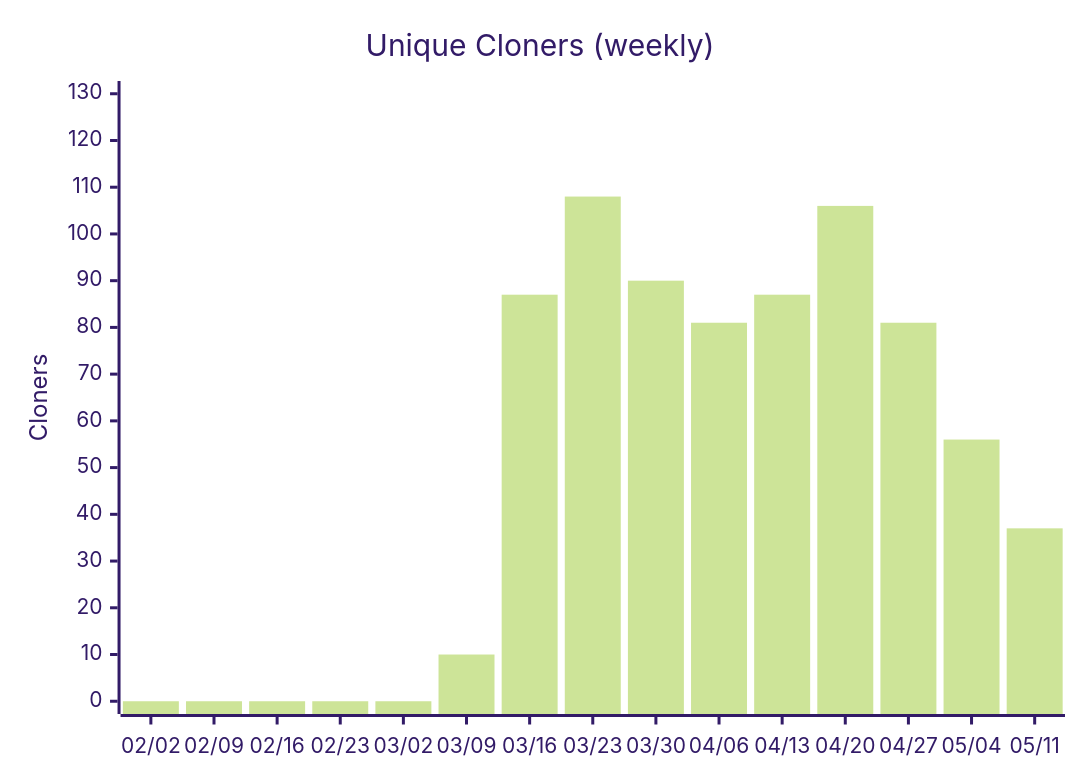
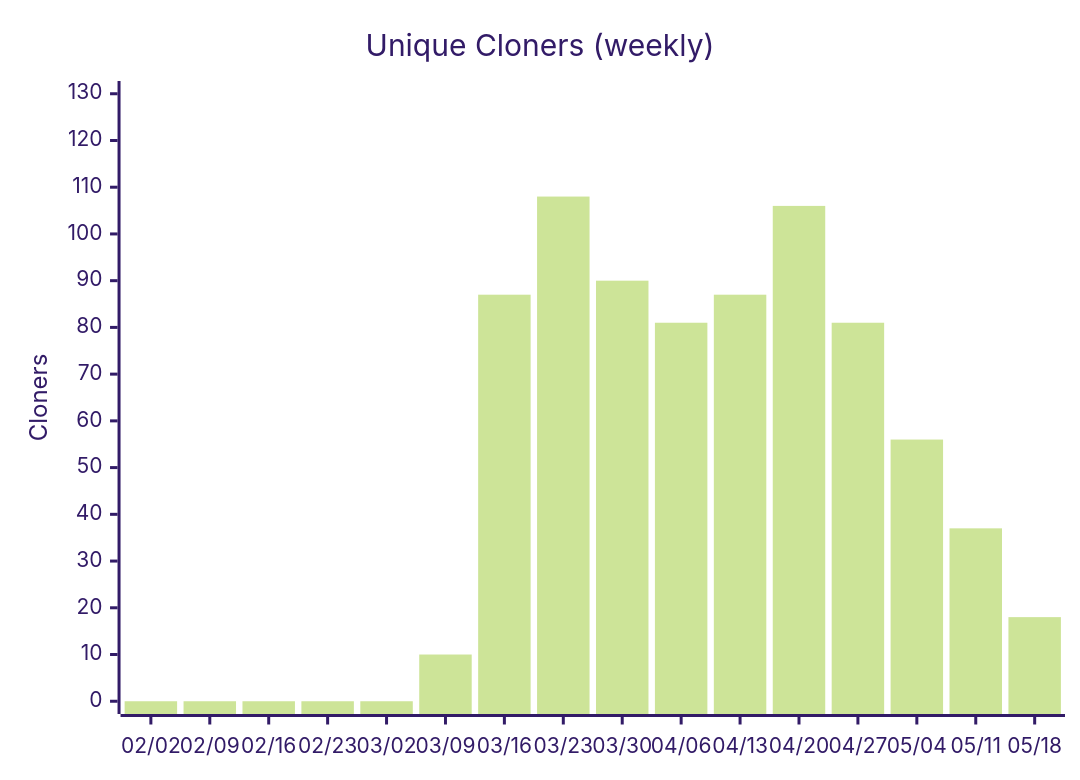
One commit to nablarch/nabledge-dev changed diagram 14 of 14 in docs/metrics.md. Above: the diagram before and after it, drawn with Mermaid (forest theme). The commit also changed other lines of this file and 2 other files, not shown here.

````diff
--- a/docs/metrics.md
+++ b/docs/metrics.md
@@ -177,7 +177,7 @@
 ```mermaid
 xychart-beta
   title "Unique Cloners (weekly)"
-  x-axis ["02/02", "02/09", "02/16", "02/23", "03/02", "03/09", "03/16", "03/23", "03/30", "04/06", "04/13", "04/20", "04/27", "05/04", "05/11"]
+  x-axis ["02/02", "02/09", "02/16", "02/23", "03/02", "03/09", "03/16", "03/23", "03/30", "04/06", "04/13", "04/20", "04/27", "05/04", "05/11", "05/18"]
   y-axis "Cloners" 0 --> 130
-  bar [0, 0, 0, 0, 0, 10, 87, 108, 90, 81, 87, 106, 81, 56, 37]
+  bar [0, 0, 0, 0, 0, 10, 87, 108, 90, 81, 87, 106, 81, 56, 37, 18]
 ```
````
